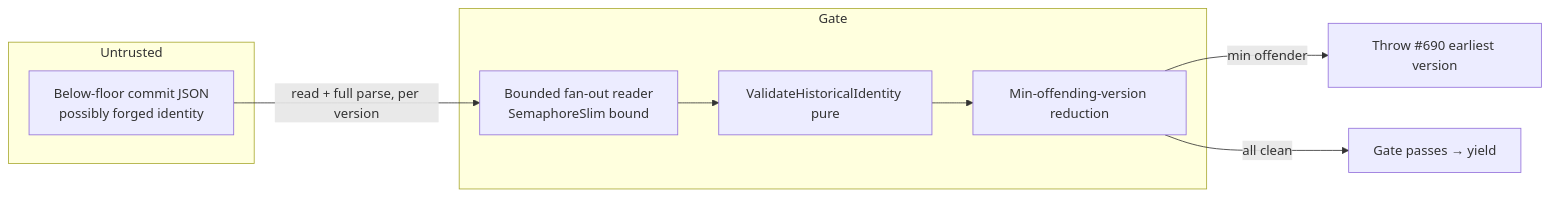
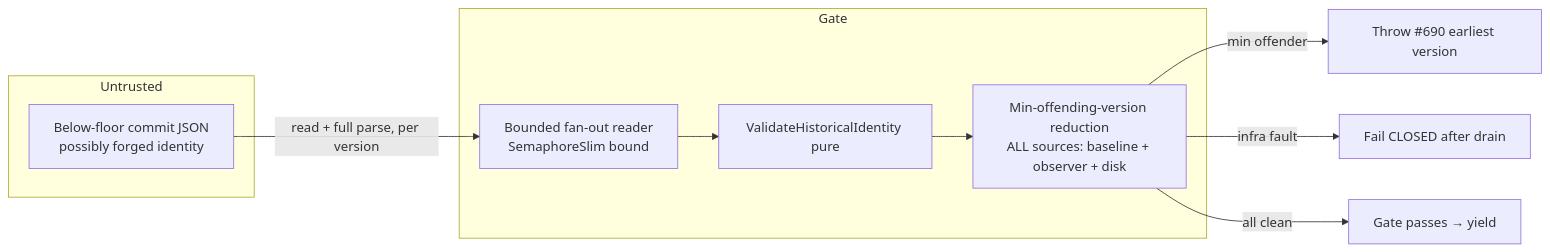
Before and after one commit to khaines/deltasharp: the second of 2 diagrams in docs/engineering/design/cdf-pre-range-scan-bounded-concurrency.md, drawn with Mermaid. The commit also changed other lines of this file, not shown here.

First line of the commit message:
Design(#808): round-1 RFL revisions — all-sources min reduction, skip-only pruning, infra-fault split, perf-gate rigor

````diff
--- a/docs/engineering/design/cdf-pre-range-scan-bounded-concurrency.md
+++ b/docs/engineering/design/cdf-pre-range-scan-bounded-concurrency.md
@@ -314,14 +416,15 @@
 ```mermaid
 graph LR
     subgraph Untrusted
       L[Below-floor commit JSON<br/>possibly forged identity]
     end
     subgraph Gate
       S[Bounded fan-out reader<br/>SemaphoreSlim bound]
       V[ValidateHistoricalIdentity pure]
-      R[Min-offending-version reduction]
+      R[Min-offending-version reduction<br/>ALL sources: baseline + observer + disk]
     end
     L -->|read + full parse, per version| S --> V --> R
     R -->|min offender| X[Throw #690 earliest version]
+    R -->|infra fault| Y[Fail CLOSED after drain]
     R -->|all clean| P[Gate passes → yield]
 ```
````
